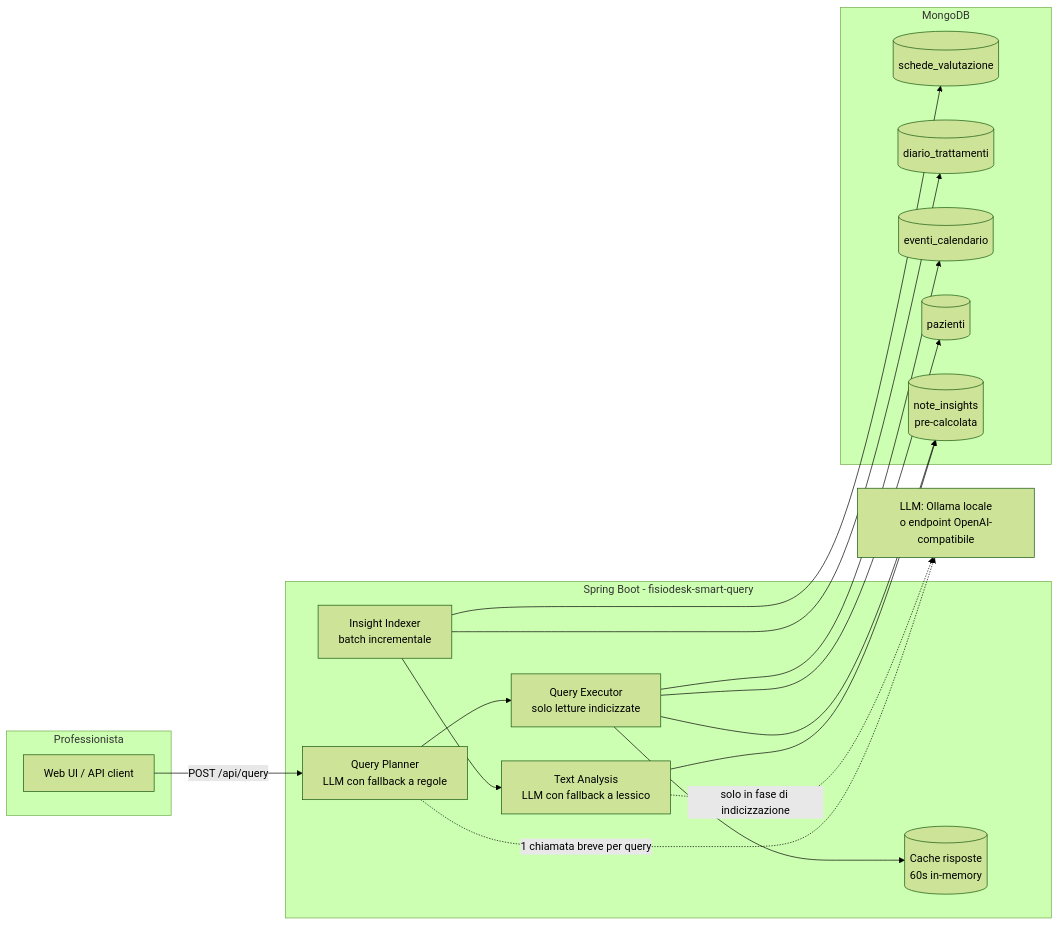
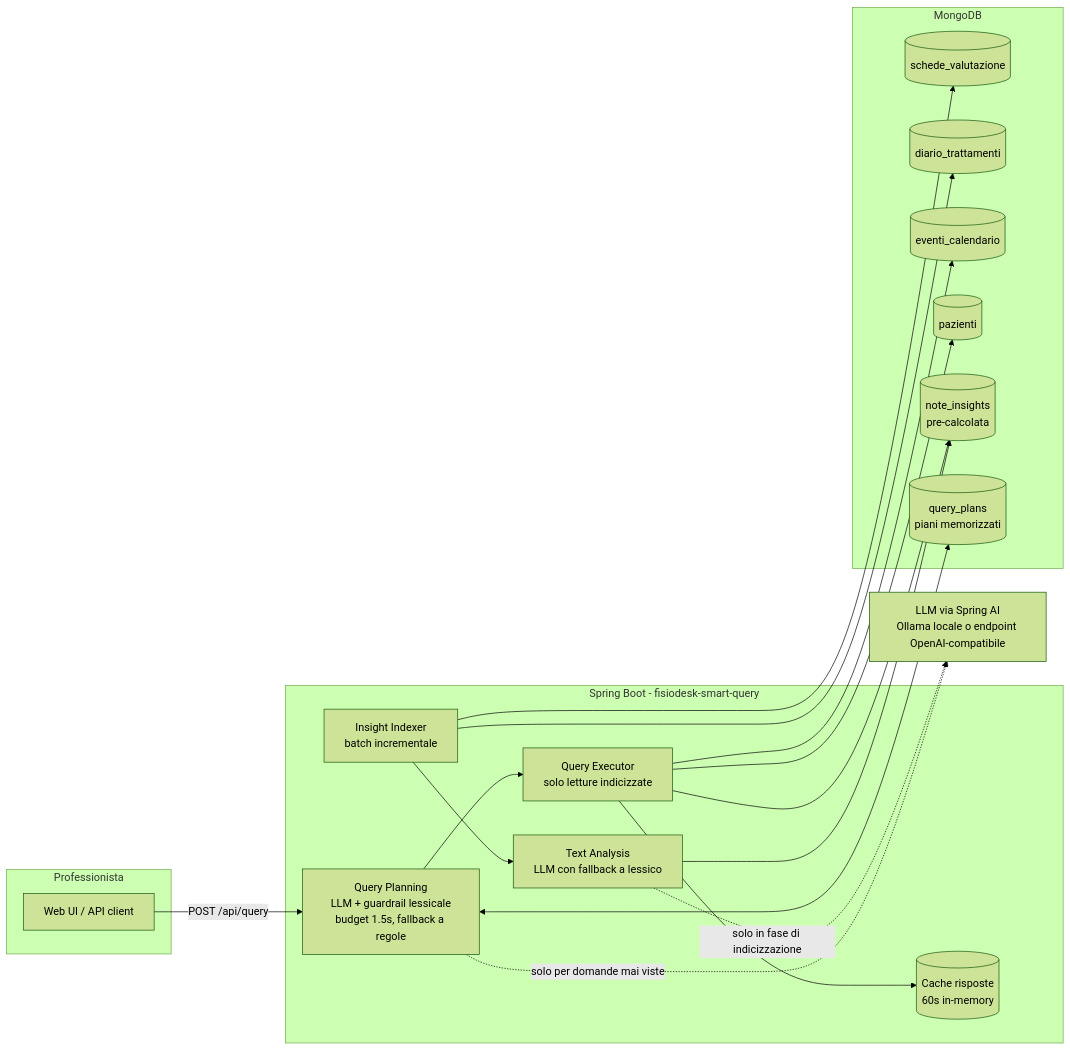
Before and after one commit to simplayy/fisiodesk-ai-healthcare-assignment: the diagram in README.md, drawn with Mermaid (forest theme). The commit also changed other lines of this file and 1 other file, not shown here.

Commit message:
Update docs for Spring AI, plan store and guardrails

````diff
--- a/README.md
+++ b/README.md
@@ -83,36 +84,38 @@
 ```mermaid
 flowchart LR
     subgraph client [Professionista]
         UI[Web UI / API client]
     end
 
     subgraph app [Spring Boot - fisiodesk-smart-query]
-        QP[Query Planner\nLLM con fallback a regole]
-        EX[Query Executor\nsolo letture indicizzate]
-        CACHE[(Cache risposte\n60s in-memory)]
-        IDX[Insight Indexer\nbatch incrementale]
-        AN[Text Analysis\nLLM con fallback a lessico]
+        QP[Query Planning<br/>LLM + guardrail lessicale<br/>budget 1.5s, fallback a regole]
+        EX[Query Executor<br/>solo letture indicizzate]
+        CACHE[(Cache risposte<br/>60s in-memory)]
+        IDX[Insight Indexer<br/>batch incrementale]
+        AN[Text Analysis<br/>LLM con fallback a lessico]
     end
 
     subgraph mongo [MongoDB]
         SV[(schede_valutazione)]
         DT[(diario_trattamenti)]
         EC[(eventi_calendario)]
         PZ[(pazienti)]
-        NI[(note_insights\npre-calcolata)]
+        NI[(note_insights<br/>pre-calcolata)]
+        QPL[(query_plans<br/>piani memorizzati)]
     end
 
-    LLM[LLM: Ollama locale\no endpoint OpenAI-compatibile]
+    LLM[LLM via Spring AI<br/>Ollama locale o endpoint OpenAI-compatibile]
 
     UI -->|POST /api/query| QP --> EX
+    QP <--> QPL
     EX --> CACHE
     EX --> NI
     EX --> EC
     EX --> PZ
     IDX --> SV
     IDX --> DT
     IDX --> AN
     AN -.->|solo in fase di indicizzazione| LLM
-    QP -.->|1 chiamata breve per query| LLM
+    QP -.->|solo per domande mai viste| LLM
     AN --> NI
 ```
````
